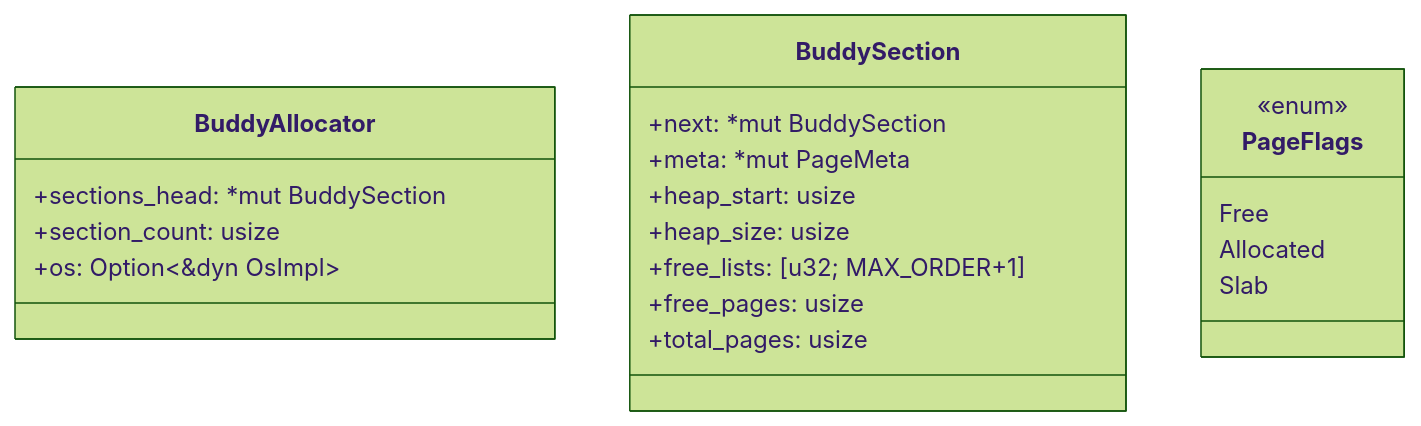
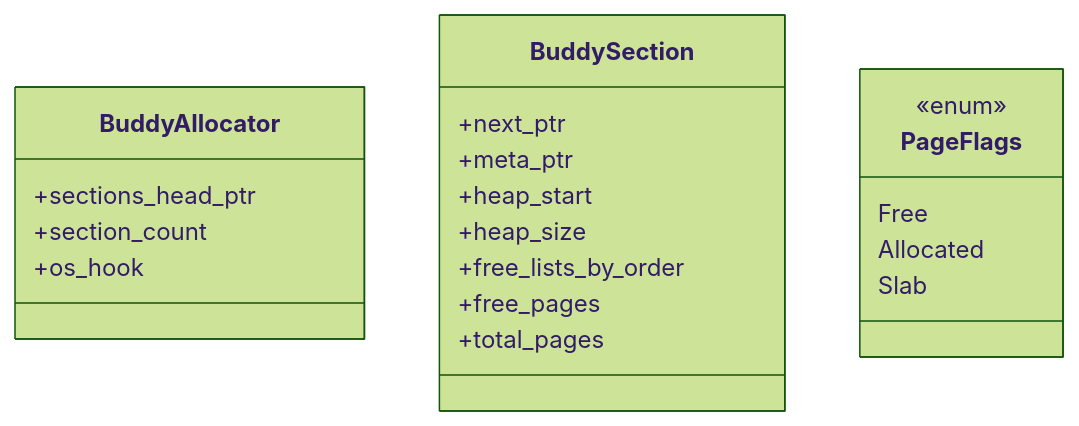
One commit to arceos-hypervisor/buddy-slab-allocator changed the third of 8 diagrams in docs/design.md. Above: the diagram before and after it, drawn with Mermaid (forest theme). The commit also changed other lines of this file and 14 other files, not shown here.

````diff
--- a/docs/design.md
+++ b/docs/design.md
@@ -158,25 +158,25 @@
 ```mermaid
 classDiagram
     class BuddyAllocator {
-        +sections_head: *mut BuddySection
-        +section_count: usize
-        +os: Option<&dyn OsImpl>
+        +sections_head_ptr
+        +section_count
+        +os_hook
     }
 
     class BuddySection {
-        +next: *mut BuddySection
-        +meta: *mut PageMeta
-        +heap_start: usize
-        +heap_size: usize
-        +free_lists: [u32; MAX_ORDER+1]
-        +free_pages: usize
-        +total_pages: usize
+        +next_ptr
+        +meta_ptr
+        +heap_start
+        +heap_size
+        +free_lists_by_order
+        +free_pages
+        +total_pages
     }
 
     class PageFlags {
         <<enum>>
         Free
         Allocated
         Slab
     }
 ```
````
